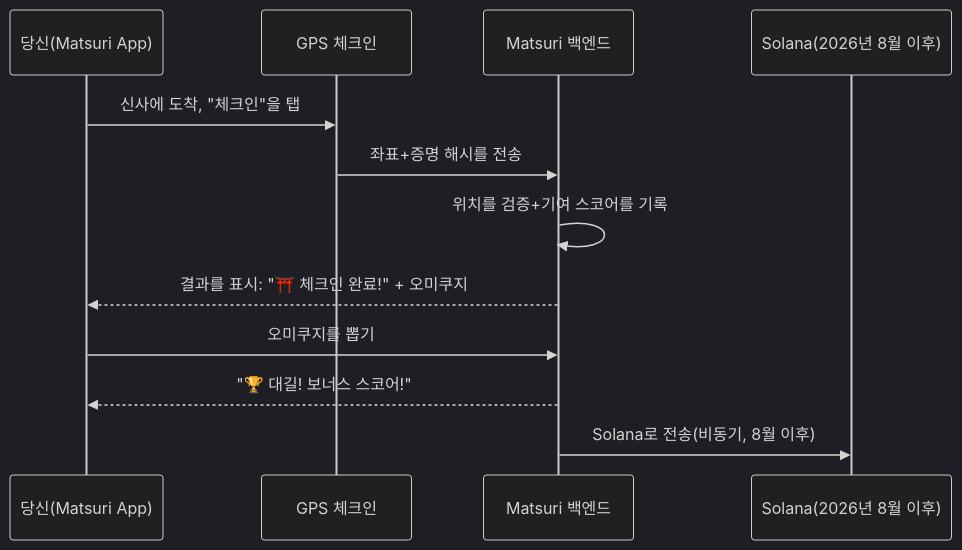
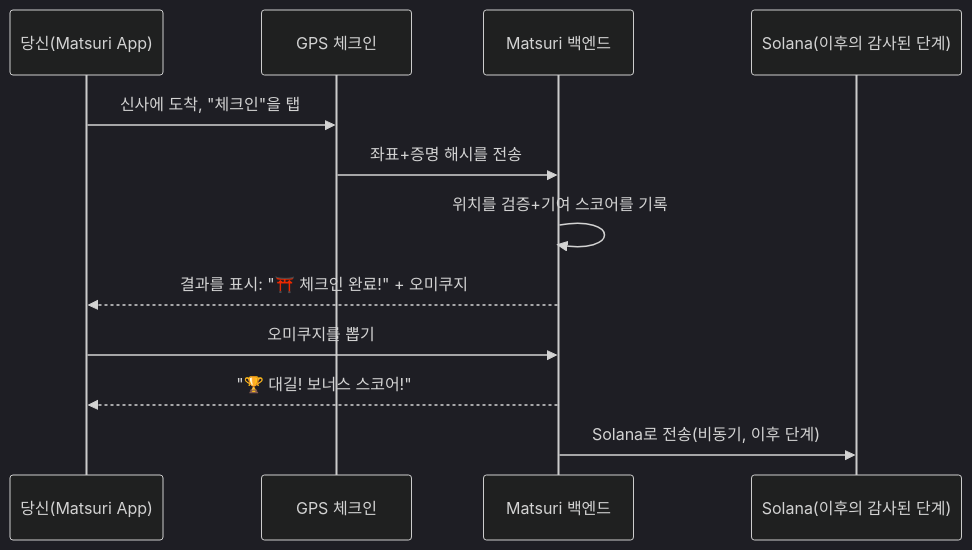
One commit to Cootakahashi/matsuri-dao-whitepaper changed the third of 4 diagrams in i18n/ko/docusaurus-plugin-content-docs/current/04-mining.md. Above: the diagram before and after it, drawn with Mermaid (dark theme). The commit also changed other lines of this file and 79 other files, not shown here.

First line of the commit message:
docs: re-sequence on-chain roadmap to match the staged Hashlock audit (20 locales)

````diff
--- a/i18n/ko/docusaurus-plugin-content-docs/current/04-mining.md
+++ b/i18n/ko/docusaurus-plugin-content-docs/current/04-mining.md
@@ -109,15 +109,15 @@
 ```mermaid
 sequenceDiagram
     participant U as 당신(Matsuri App)
     participant GPS as GPS 체크인
     participant API as Matsuri 백엔드
-    participant SC as Solana(2026년 8월 이후)
+    participant SC as Solana(이후의 감사된 단계)
 
     U->>GPS: 신사에 도착, "체크인"을 탭
     GPS->>API: 좌표+증명 해시를 전송
     API->>API: 위치를 검증+기여 스코어를 기록
     API-->>U: 결과를 표시: "⛩️ 체크인 완료!" + 오미쿠지
     U->>API: 오미쿠지를 뽑기
     API-->>U: "🏆 대길! 보너스 스코어!"
-    API->>SC: Solana로 전송(비동기, 8월 이후)
+    API->>SC: Solana로 전송(비동기, 이후 단계)
 ```
````
